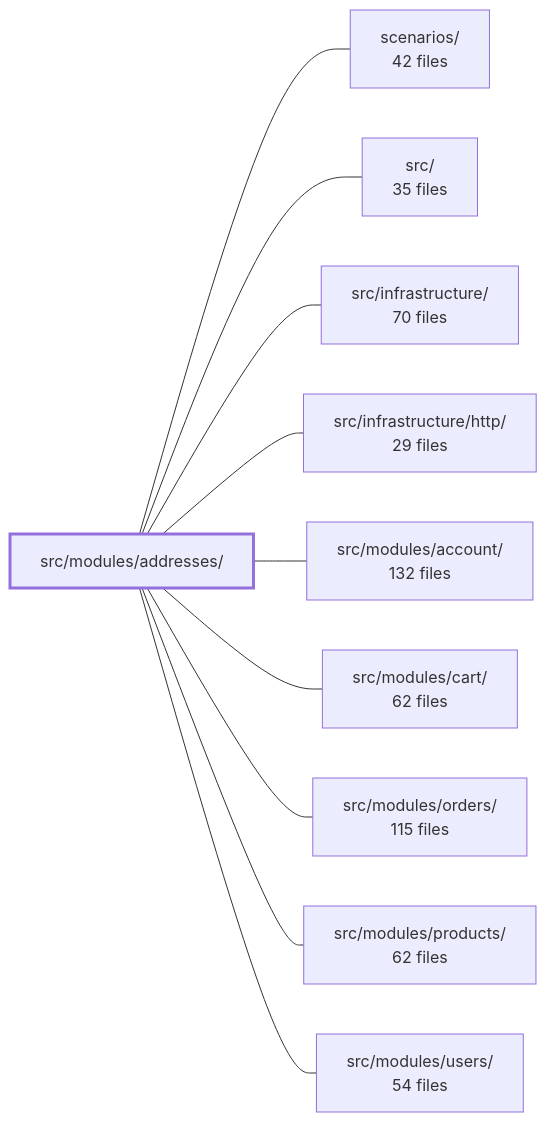
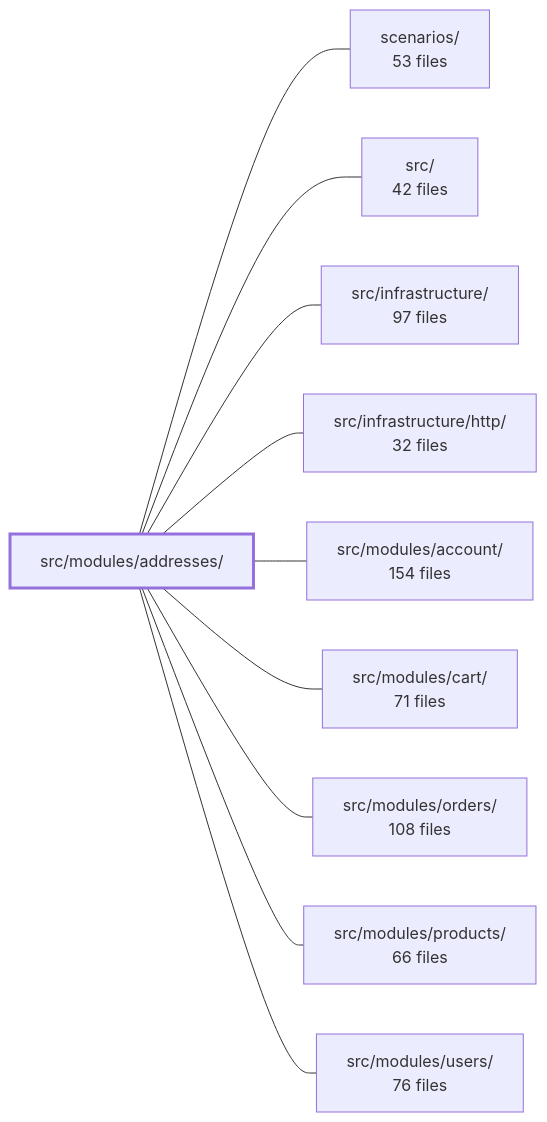
Before and after one commit to Guebbit/boilerplate-node-backend: the diagram in .2brain/modules/boilerplate-node-backend_src_modules_addresses.md, drawn with Mermaid. The commit also changed other lines of this file and 1775 other files, not shown here.

````diff
--- a/.2brain/modules/boilerplate-node-backend_src_modules_addresses.md
+++ b/.2brain/modules/boilerplate-node-backend_src_modules_addresses.md
@@ -43,23 +41,23 @@
 ```mermaid
 flowchart LR
     m_src_modules_addresses["src/modules/addresses/"]
-    m_scenarios["scenarios/<br/>42 files"]
-    m_src["src/<br/>35 files"]
-    m_src_infrastructure["src/infrastructure/<br/>70 files"]
-    m_src_infrastructure_http["src/infrastructure/http/<br/>29 files"]
-    m_src_modules_account["src/modules/account/<br/>132 files"]
-    m_src_modules_cart["src/modules/cart/<br/>62 files"]
-    m_src_modules_orders["src/modules/orders/<br/>115 files"]
-    m_src_modules_products["src/modules/products/<br/>62 files"]
-    m_src_modules_users["src/modules/users/<br/>54 files"]
+    m_scenarios["scenarios/<br/>53 files"]
+    m_src["src/<br/>42 files"]
+    m_src_infrastructure["src/infrastructure/<br/>97 files"]
+    m_src_infrastructure_http["src/infrastructure/http/<br/>32 files"]
+    m_src_modules_account["src/modules/account/<br/>154 files"]
+    m_src_modules_cart["src/modules/cart/<br/>71 files"]
+    m_src_modules_orders["src/modules/orders/<br/>108 files"]
+    m_src_modules_products["src/modules/products/<br/>66 files"]
+    m_src_modules_users["src/modules/users/<br/>76 files"]
     m_src_modules_addresses --- m_scenarios
     m_src_modules_addresses --- m_src
     m_src_modules_addresses --- m_src_infrastructure
     m_src_modules_addresses --- m_src_infrastructure_http
     m_src_modules_addresses --- m_src_modules_account
     m_src_modules_addresses --- m_src_modules_cart
     m_src_modules_addresses --- m_src_modules_orders
     m_src_modules_addresses --- m_src_modules_products
     m_src_modules_addresses --- m_src_modules_users
     style m_src_modules_addresses stroke-width:3px
 ```
````
